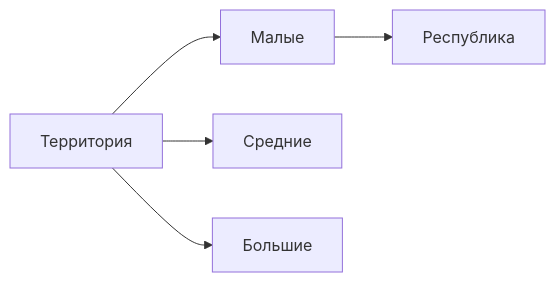
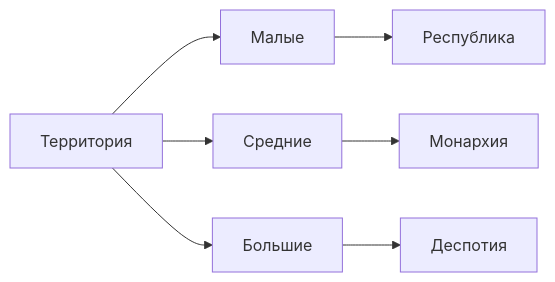
One commit to moscow-intelligent/RTU-MIREA changed the fifth of 5 diagrams in Основы Российской Государственности/05.09.md. Above: the diagram before and after it, drawn with Mermaid. The commit also changed other lines of this file, not shown here.

````diff
--- a/Основы Российской Государственности/05.09.md
+++ b/Основы Российской Государственности/05.09.md
@@ -59,8 +59,10 @@
 ```mermaid
 graph LR
 a[Территория]
 a --> Малые
 a --> Средние
 a --> Большие
 Малые --> Республика
+Средние --> Монархия
+Большие --> Деспотия
 ```
````
